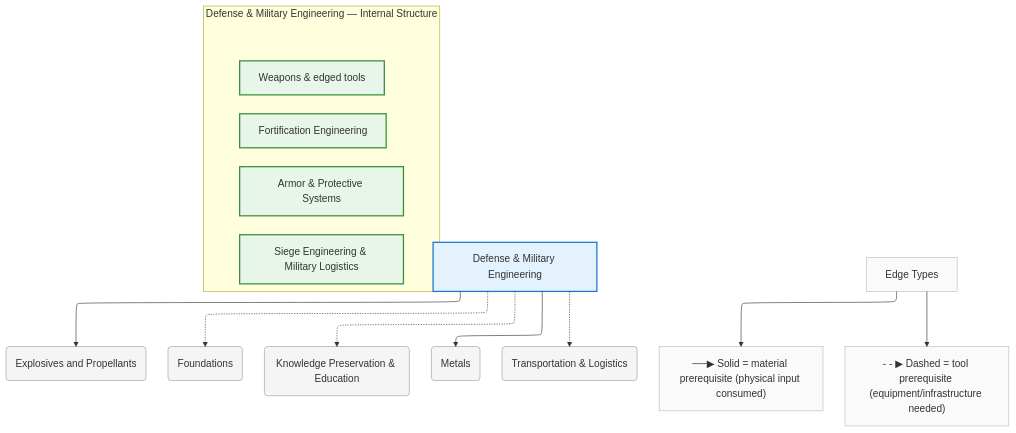
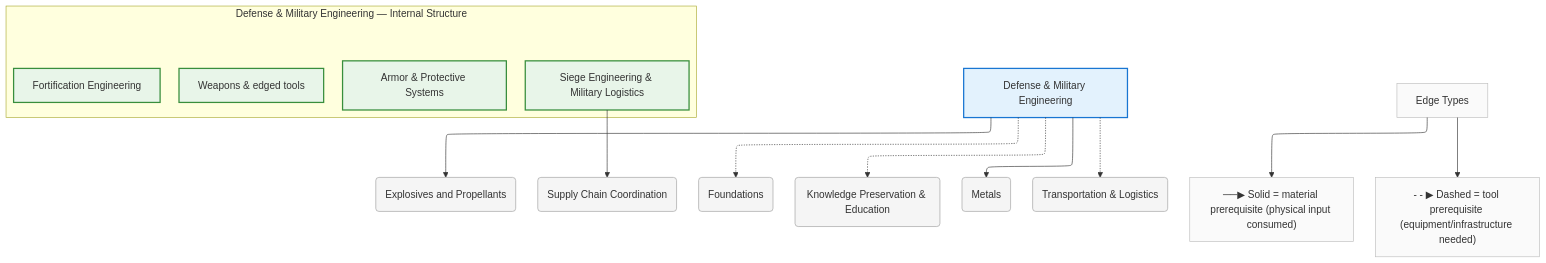
The diagram in diagrams/mermaid/defense.mmd (egofree/TechTree), drawn with Mermaid before and after one commit. The commit also changed 28 other files, not shown here.

First line of the commit message:
chore(diagrams): regenerate all Mermaid and D2 diagrams

```diff
--- a/diagrams/mermaid/defense.mmd
+++ b/diagrams/mermaid/defense.mmd
@@ -1,55 +1,58 @@
 %%{init: {"flowchart": {"defaultRenderer": "elk", "htmlLabels": true}}}%%
 graph TD
     %% Domain: Defense & Military Engineering
 
     %% ==================== INTERNAL NODES ====================
     subgraph defense_internal ["Defense & Military Engineering — Internal Structure"]
         direction TB
         defense_weapons["Weapons & edged tools"]
         defense_fortifications["Fortification Engineering"]
         defense_armor["Armor & Protective Systems"]
         defense_siege-warfare["Siege Engineering & Military Logistics"]
     end
 
     %% ==================== DOMAIN NODE ====================
     defense["Defense & Military Engineering"]
 
     %% ==================== EXTERNAL DEPENDENCIES ====================
     chemistry_explosives("Explosives and Propellants")
+    economics-organization_supply-chain("Supply Chain Coordination")
     foundations("Foundations")
     knowledge("Knowledge Preservation & Education")
     metals("Metals")
     transport("Transportation & Logistics")
 
     %% ==================== EDGES ====================
     defense --> metals
     defense -.-> foundations
     defense --> chemistry_explosives
     defense -.-> transport
     defense -.-> knowledge
+    defense_siege-warfare --> economics-organization_supply-chain
 
     %% ==================== EDGE TYPE LEGEND ====================
     EdgeLegend["Edge Types"]
     EdgeLegend --> MatNote["──▶ Solid = material prerequisite (physical input consumed)"]
     EdgeLegend --> ToolNote["- - ▶ Dashed = tool prerequisite (equipment/infrastructure needed)"]
 
     %% ==================== STYLING ====================
     classDef domain fill:#e3f2fd,stroke:#1976d2,stroke-width:2px
     classDef capability fill:#e8f5e9,stroke:#388e3c,stroke-width:2px
     classDef process fill:#fff3e0,stroke:#f57c00,stroke-width:2px
     classDef critical fill:#fff3e0,stroke:#f57c00,stroke-width:3px
     classDef earlyWin fill:#e8f5e9,stroke:#388e3c,stroke-width:3px
     classDef pinnacle fill:#fce4ec,stroke:#c62828,stroke-width:3px
     classDef external fill:#f5f5f5,stroke:#9e9e9e,stroke-width:1px
     classDef legend fill:#fafafa,stroke:#bdbdbd,stroke-width:1px
     class defense domain
     class defense_weapons capability
     class defense_fortifications capability
     class defense_armor capability
     class defense_siege-warfare capability
     class chemistry_explosives external
+    class economics-organization_supply-chain external
     class foundations external
     class knowledge external
     class metals external
     class transport external
     class EdgeLegend,MatNote,ToolNote legend
```
